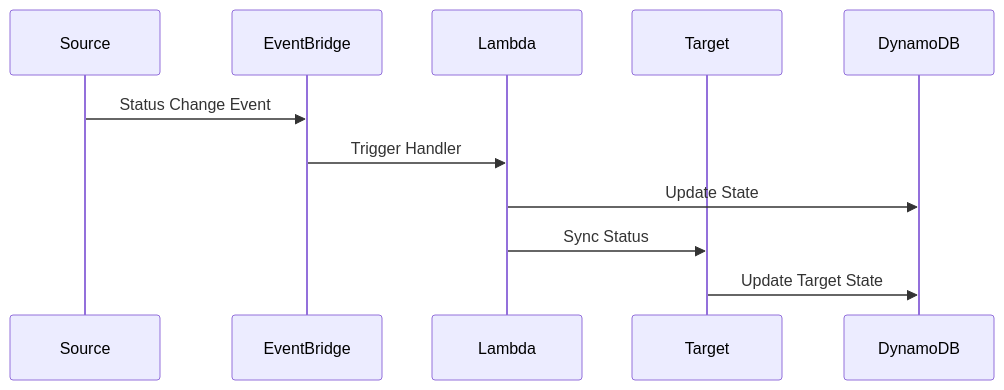
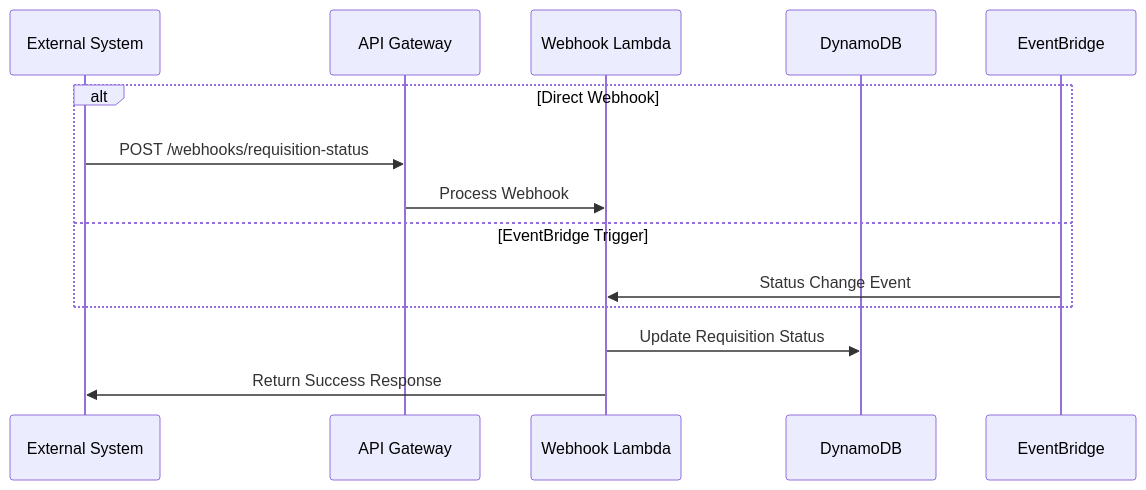
Before and after one commit to amitjainharbinger/aura-assignment: the fifth of 10 diagrams in docs/SOLUTION_APPROACH.md, drawn with Mermaid. The commit also changed other lines of this file and 2 other files, not shown here.

````diff
--- a/docs/SOLUTION_APPROACH.md
+++ b/docs/SOLUTION_APPROACH.md
@@ -149,14 +158,18 @@
 ```mermaid
 sequenceDiagram
-    participant Source
+    participant External as External System
+    participant API as API Gateway
+    participant WH as Webhook Lambda
+    participant DB as DynamoDB
     participant EB as EventBridge
-    participant Lambda
-    participant Target
-    participant DB as DynamoDB
 
-    Source->>EB: Status Change Event
-    EB->>Lambda: Trigger Handler
-    Lambda->>DB: Update State
-    Lambda->>Target: Sync Status
-    Target->>DB: Update Target State
+    alt Direct Webhook
+        External->>API: POST /webhooks/requisition-status
+        API->>WH: Process Webhook
+    else EventBridge Trigger
+        EB->>WH: Status Change Event
+    end
+    
+    WH->>DB: Update Requisition Status
+    WH->>External: Return Success Response
 ```
````
